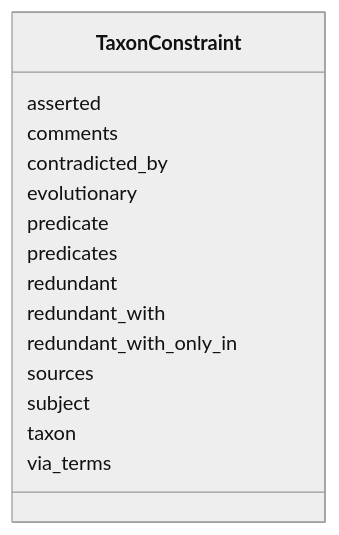
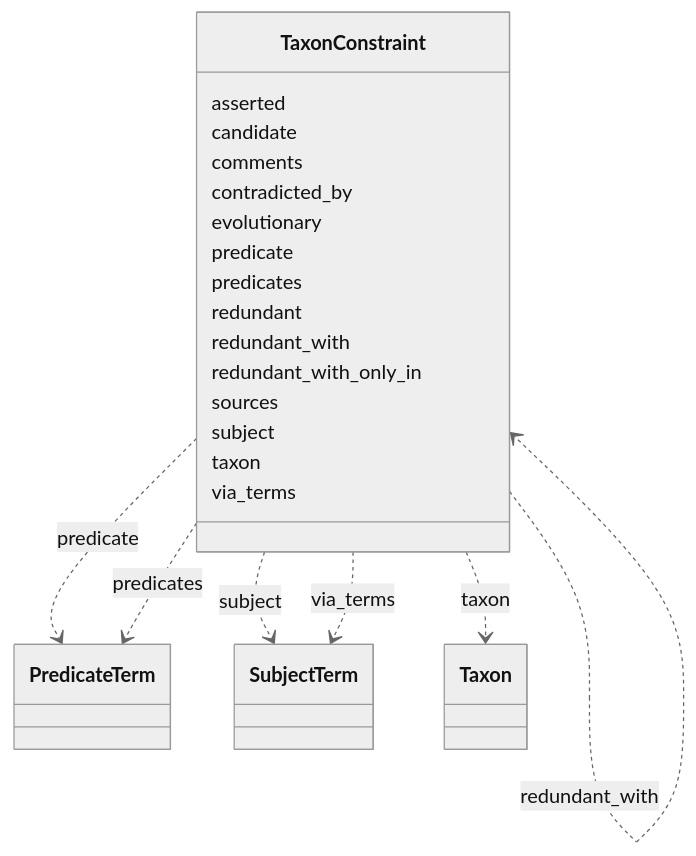
One commit to dalito/ontology-access-kit changed the diagram in taxon-constraints/TaxonConstraint.md. Above: the diagram before and after it, drawn with Mermaid (neutral theme). The commit also changed other lines of this file and 2382 other files, not shown here.

````diff
--- a/taxon-constraints/TaxonConstraint.md
+++ b/taxon-constraints/TaxonConstraint.md
@@ -11,18 +11,47 @@
 ```{mermaid}
  classDiagram
     class TaxonConstraint
       TaxonConstraint : asserted
+        
+      TaxonConstraint : candidate
+        
       TaxonConstraint : comments
+        
       TaxonConstraint : contradicted_by
+        
+          TaxonConstraint ..> TaxonConstraint : contradicted_by
+        
       TaxonConstraint : evolutionary
+        
       TaxonConstraint : predicate
+        
+          TaxonConstraint ..> PredicateTerm : predicate
+        
       TaxonConstraint : predicates
+        
+          TaxonConstraint ..> PredicateTerm : predicates
+        
       TaxonConstraint : redundant
+        
       TaxonConstraint : redundant_with
+        
+          TaxonConstraint ..> TaxonConstraint : redundant_with
+        
       TaxonConstraint : redundant_with_only_in
+        
       TaxonConstraint : sources
+        
       TaxonConstraint : subject
+        
+          TaxonConstraint ..> SubjectTerm : subject
+        
       TaxonConstraint : taxon
+        
+          TaxonConstraint ..> Taxon : taxon
+        
       TaxonConstraint : via_terms
+        
+          TaxonConstraint ..> SubjectTerm : via_terms
+        
       
 ```
````
